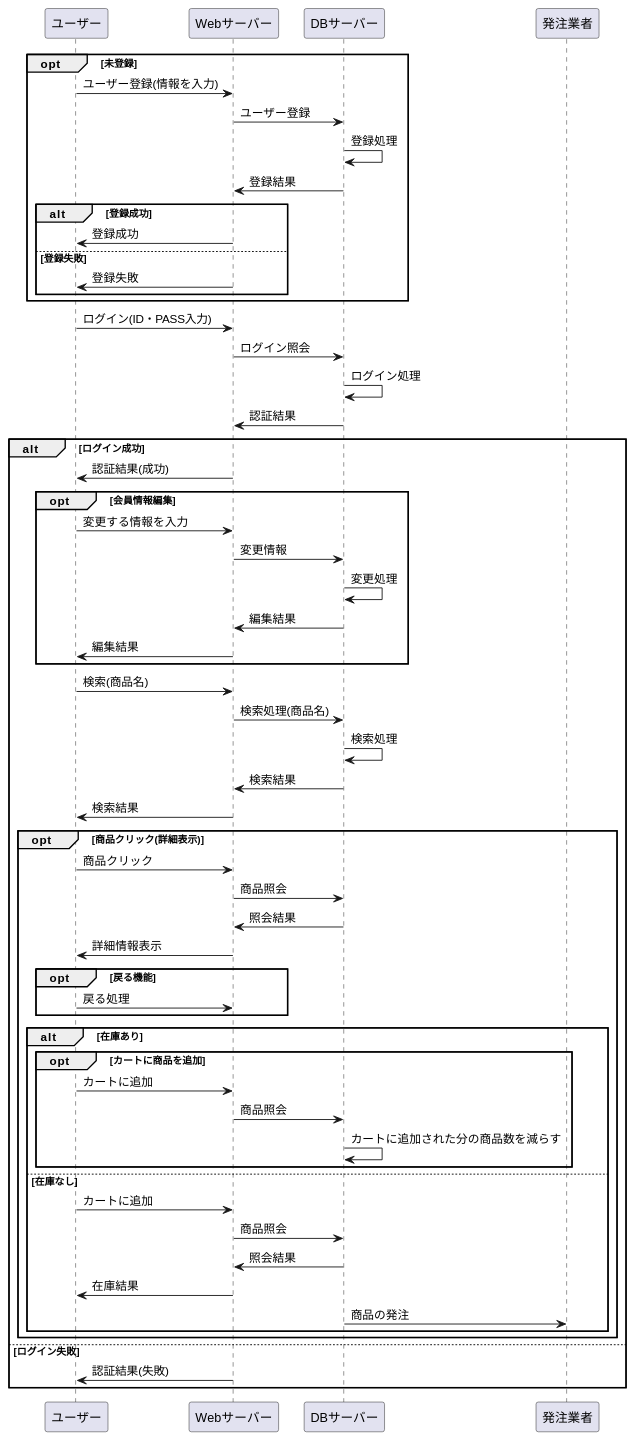
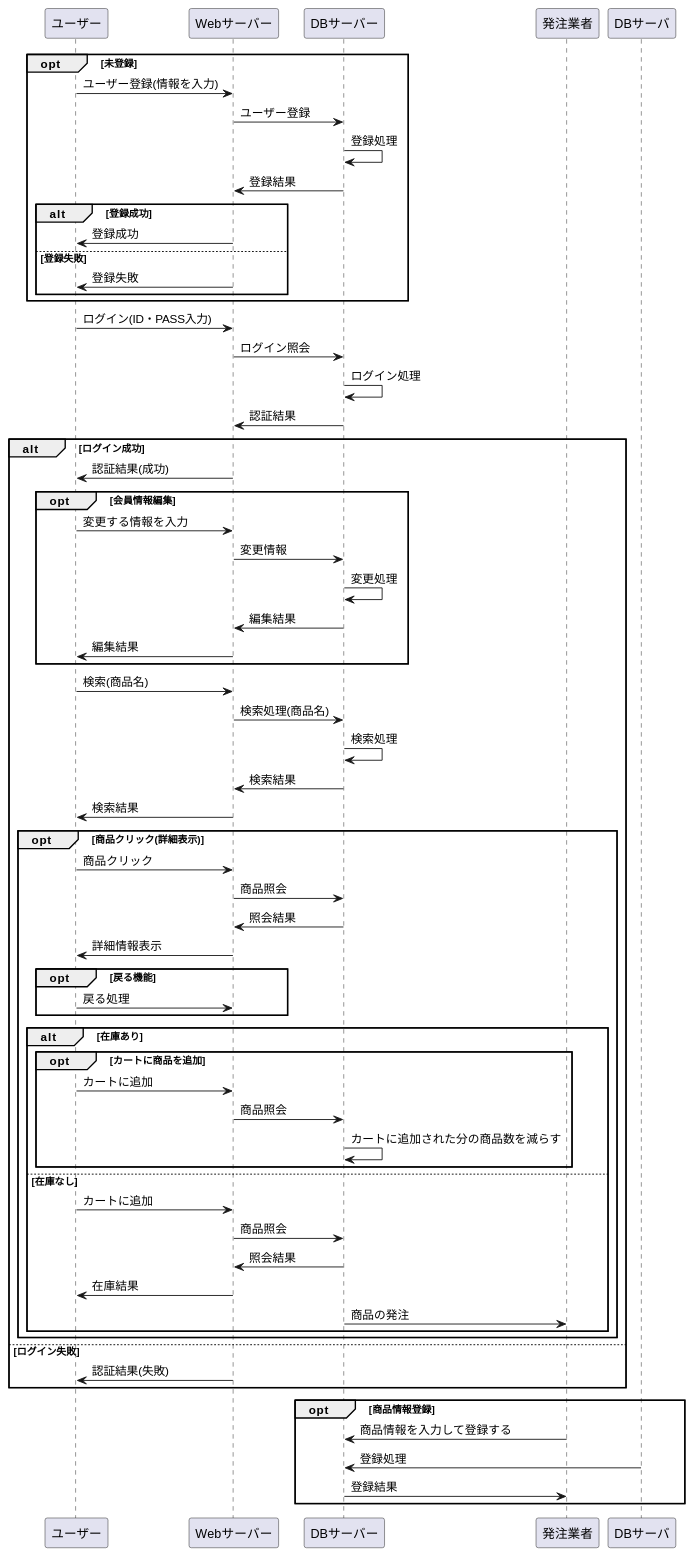
Before and after one commit to Aso2001154/2021sys-design: the diagram in cookjob.md, drawn with PlantUML.

````diff
--- a/cookjob.md
+++ b/cookjob.md
@@ -1,64 +1,69 @@
 ```uml
 @startuml
 opt 未登録
 ユーザー -> Webサーバー : ユーザー登録(情報を入力)
 Webサーバー -> DBサーバー : ユーザー登録
 DBサーバー -> DBサーバー : 登録処理
 DBサーバー -> Webサーバー : 登録結果
 
 alt 登録成功
 Webサーバー -> ユーザー : 登録成功
 else 登録失敗
 Webサーバー -> ユーザー : 登録失敗
 end
 end
 
 ユーザー -> Webサーバー : ログイン(ID・PASS入力)
 Webサーバー -> DBサーバー : ログイン照会
 DBサーバー -> DBサーバー : ログイン処理
 DBサーバー -> Webサーバー : 認証結果
 
 alt ログイン成功
 Webサーバー -> ユーザー : 認証結果(成功)
 
 opt 会員情報編集
 ユーザー -> Webサーバー : 変更する情報を入力
 Webサーバー -> DBサーバー :変更情報
 DBサーバー -> DBサーバー : 変更処理
 DBサーバー -> Webサーバー : 編集結果
 Webサーバー -> ユーザー : 編集結果
 end
 
 ユーザー -> Webサーバー : 検索(商品名)
 Webサーバー -> DBサーバー : 検索処理(商品名)
 DBサーバー -> DBサーバー : 検索処理
 DBサーバー -> Webサーバー : 検索結果
 Webサーバー -> ユーザー : 検索結果
 
 opt 商品クリック(詳細表示)
 ユーザー -> Webサーバー : 商品クリック
 Webサーバー -> DBサーバー : 商品照会
 DBサーバー -> Webサーバー : 照会結果
 Webサーバー -> ユーザー : 詳細情報表示
 opt 戻る機能
 ユーザー -> Webサーバー : 戻る処理
 end
 alt 在庫あり
 opt カートに商品を追加
 ユーザー -> Webサーバー : カートに追加
 Webサーバー -> DBサーバー : 商品照会
 DBサーバー -> DBサーバー : カートに追加された分の商品数を減らす
 end
 else 在庫なし
 ユーザー -> Webサーバー : カートに追加
 Webサーバー -> DBサーバー : 商品照会
 DBサーバー -> Webサーバー : 照会結果
 Webサーバー -> ユーザー : 在庫結果
 DBサーバー -> 発注業者 : 商品の発注
 end
 end
 else ログイン失敗
 Webサーバー -> ユーザー : 認証結果(失敗)
 end
+opt 商品情報登録
+発注業者 -> DBサーバー : 商品情報を入力して登録する
+DBサーバ -> DBサーバー : 登録処理
+DBサーバー -> 発注業者 : 登録結果
+end
 @enduml
 ```
````
